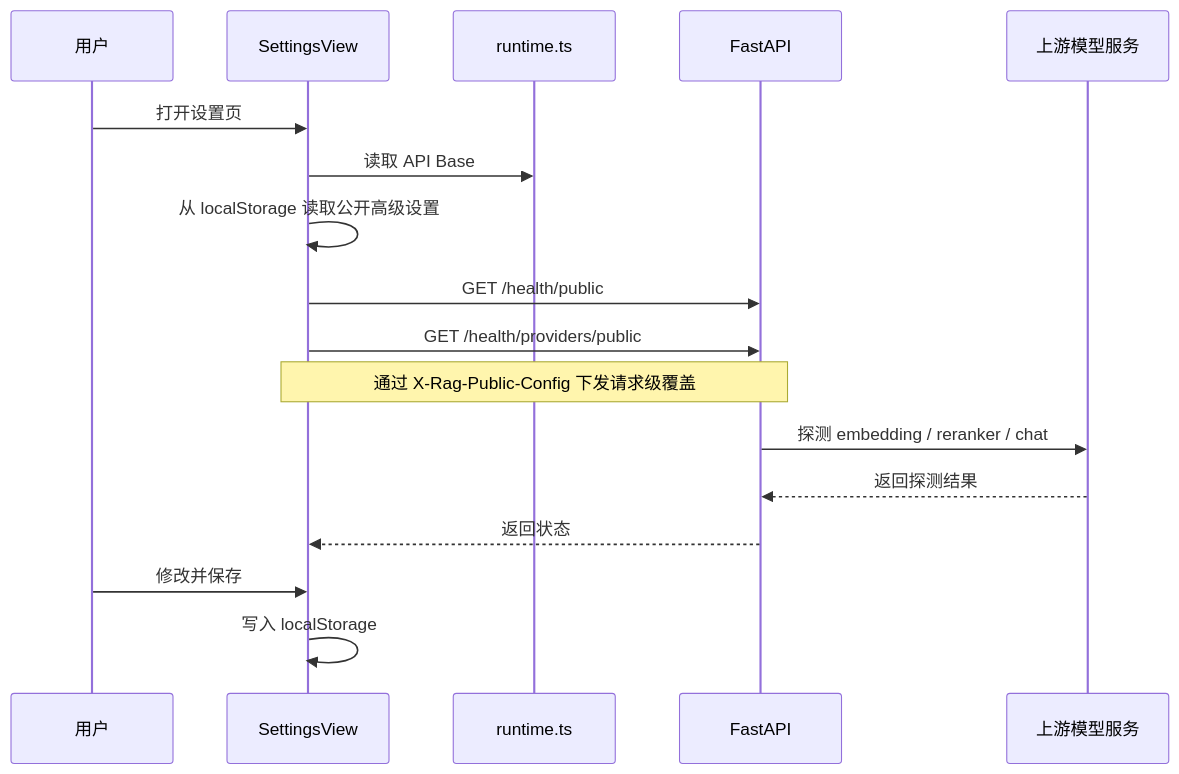
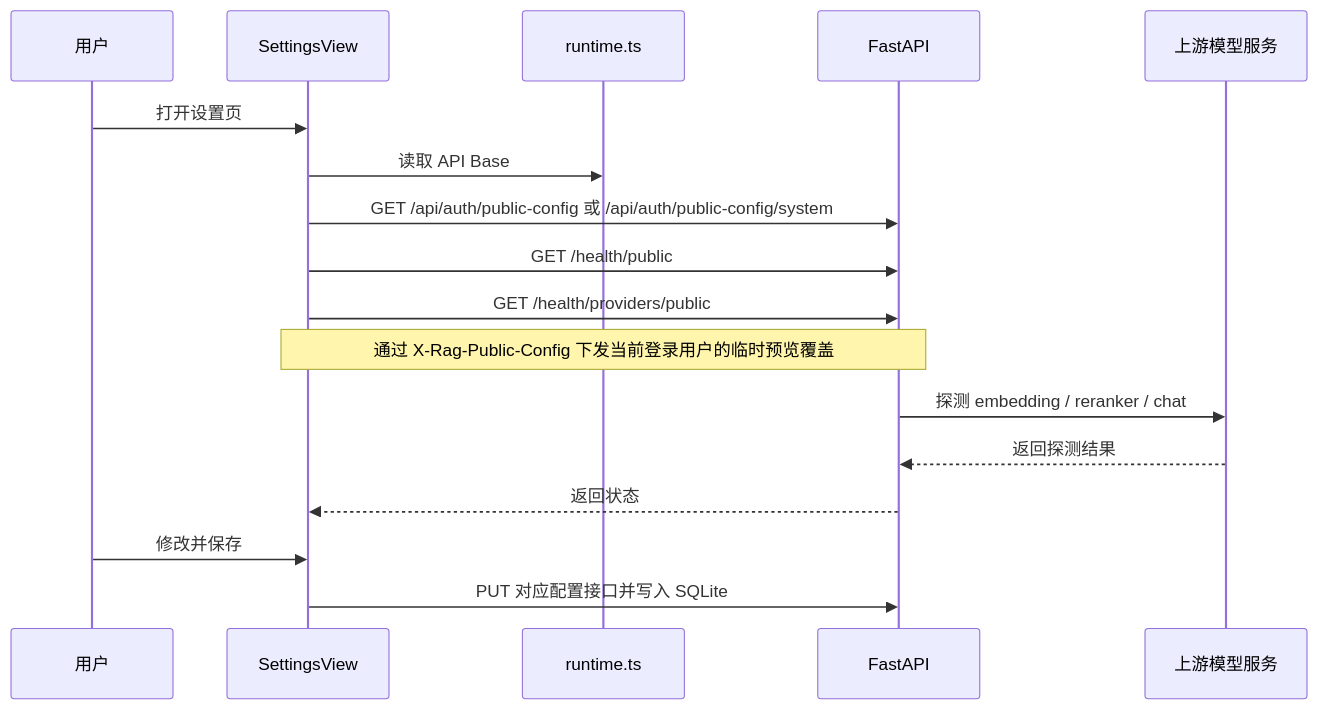
One commit to emotion-exit/rag-agent changed the second of 9 diagrams in docs/项目执行流程分析.md. Above: the diagram before and after it, drawn with Mermaid. The commit also changed other lines of this file and 13 other files, not shown here.

First line of the commit message:
feat: Add public configuration management for system and user settings

````diff
--- a/docs/项目执行流程分析.md
+++ b/docs/项目执行流程分析.md
@@ -97,22 +101,22 @@
 ```mermaid
 sequenceDiagram
     participant User as 用户
     participant FE as SettingsView
     participant Runtime as runtime.ts
     participant API as FastAPI
     participant Upstream as 上游模型服务
 
     User->>FE: 打开设置页
     FE->>Runtime: 读取 API Base
-    FE->>FE: 从 localStorage 读取公开高级设置
+    FE->>API: GET /api/auth/public-config 或 /api/auth/public-config/system
     FE->>API: GET /health/public
     FE->>API: GET /health/providers/public
-    Note over FE,API: 通过 X-Rag-Public-Config 下发请求级覆盖
+    Note over FE,API: 通过 X-Rag-Public-Config 下发当前登录用户的临时预览覆盖
 
     API->>Upstream: 探测 embedding / reranker / chat
     Upstream-->>API: 返回探测结果
     API-->>FE: 返回状态
 
     User->>FE: 修改并保存
-    FE->>FE: 写入 localStorage
+    FE->>API: PUT 对应配置接口并写入 SQLite
 ```
````
